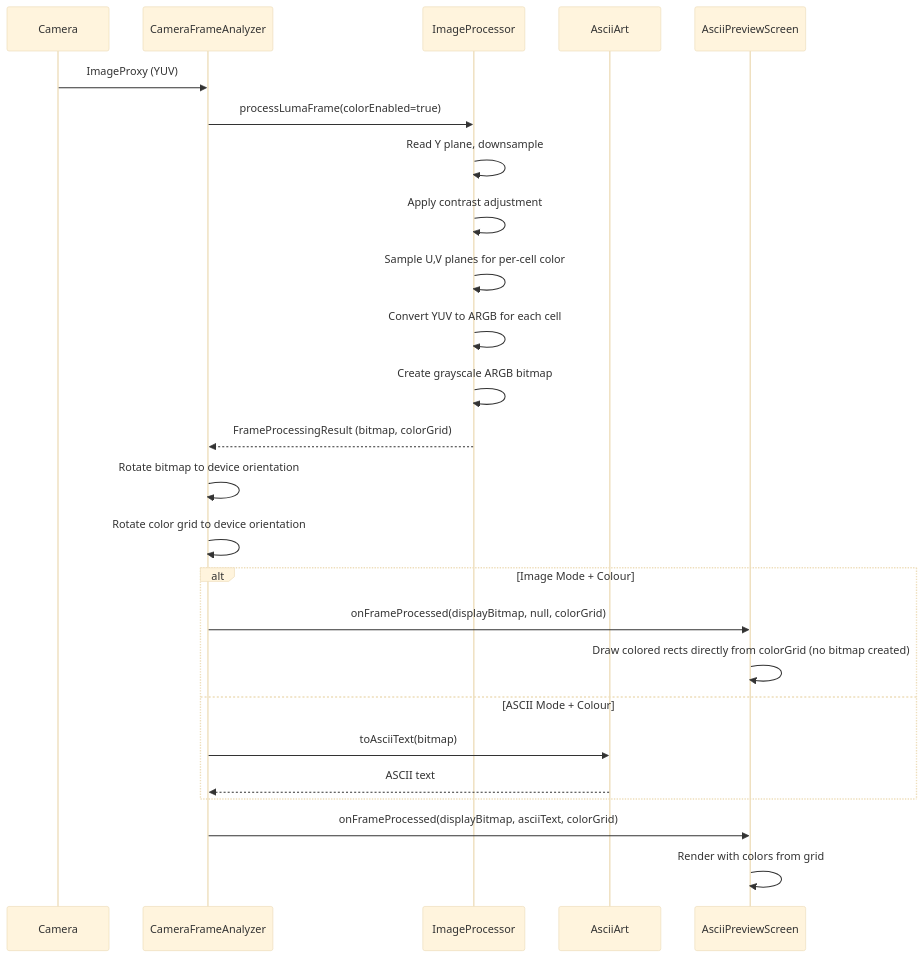
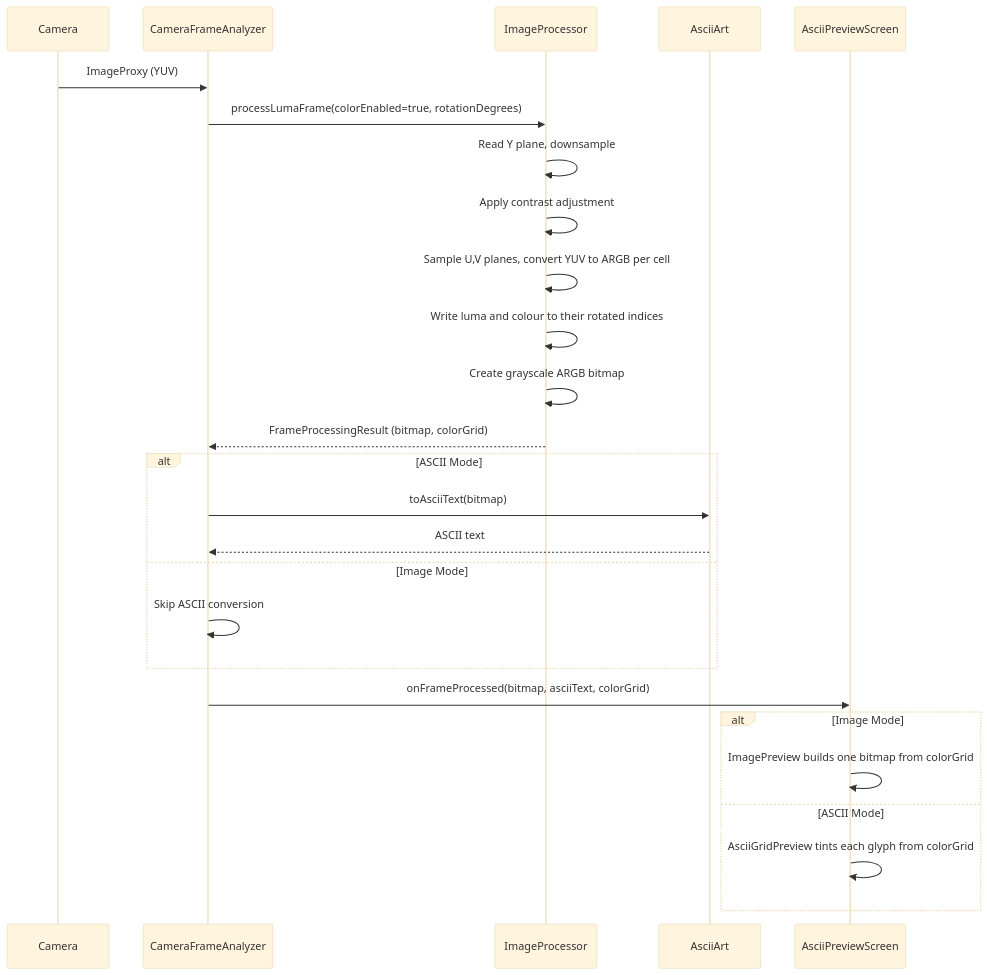
One commit to replicant1/AsciiArt changed the second of 5 diagrams in README.md. Above: the diagram before and after it, drawn with Mermaid (base theme). The commit also changed other lines of this file and 8 other files, not shown here.

First line of the commit message:
Bring the README and architecture diagrams back in line with the code

````diff
--- a/README.md
+++ b/README.md
@@ -112,28 +121,29 @@
 ```mermaid
 sequenceDiagram
     participant Camera
     participant CFA as CameraFrameAnalyzer
     participant IP as ImageProcessor
     participant AA as AsciiArt
     participant UI as AsciiPreviewScreen
 
     Camera->>CFA: ImageProxy (YUV)
-    CFA->>IP: processLumaFrame(colorEnabled=true)
+    CFA->>IP: processLumaFrame(colorEnabled=true, rotationDegrees)
     IP->>IP: Read Y plane, downsample
     IP->>IP: Apply contrast adjustment
-    IP->>IP: Sample U,V planes for per-cell color
-    IP->>IP: Convert YUV to ARGB for each cell
+    IP->>IP: Sample U,V planes, convert YUV to ARGB per cell
+    IP->>IP: Write luma and colour to their rotated indices
     IP->>IP: Create grayscale ARGB bitmap
     IP-->>CFA: FrameProcessingResult (bitmap, colorGrid)
-    CFA->>CFA: Rotate bitmap to device orientation
-    CFA->>CFA: Rotate color grid to device orientation
-    alt Image Mode + Colour
-        CFA->>UI: onFrameProcessed(displayBitmap, null, colorGrid)
-        UI->>UI: Draw colored rects directly from colorGrid (no bitmap created)
-    else ASCII Mode + Colour
+    alt ASCII Mode
         CFA->>AA: toAsciiText(bitmap)
         AA-->>CFA: ASCII text
+    else Image Mode
+        CFA->>CFA: Skip ASCII conversion
     end
-    CFA->>UI: onFrameProcessed(displayBitmap, asciiText, colorGrid)
-    UI->>UI: Render with colors from grid
+    CFA->>UI: onFrameProcessed(bitmap, asciiText, colorGrid)
+    alt Image Mode
+        UI->>UI: ImagePreview builds one bitmap from colorGrid
+    else ASCII Mode
+        UI->>UI: AsciiGridPreview tints each glyph from colorGrid
+    end
 ```
````
